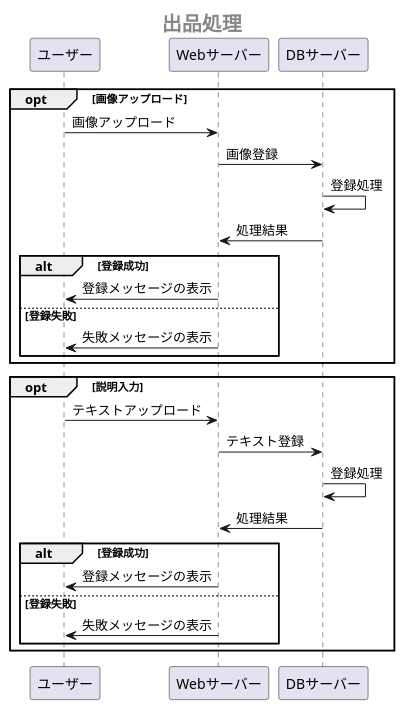
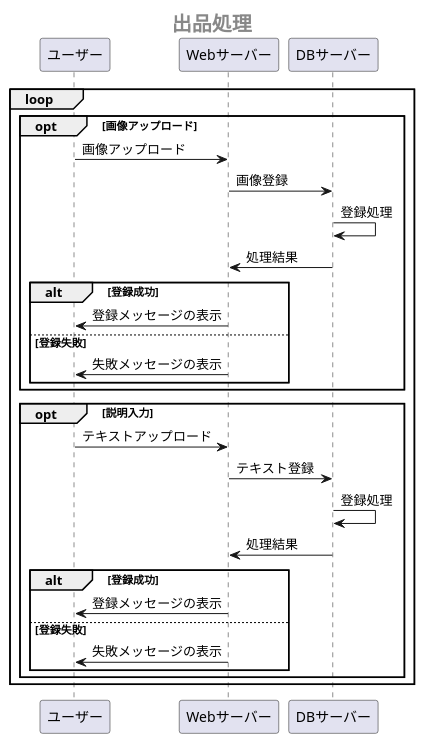
Before and after one commit to Aso2001147/system3: the fifth of 5 diagrams in 業務フロー図.md, drawn with PlantUML.

````diff
--- a/業務フロー図.md
+++ b/業務フロー図.md
@@ -123,32 +123,34 @@
 ```uml
 @startuml
  center header <size:20><b>出品処理</b></size>
- opt 画像アップロード
-   ユーザー -> Webサーバー:画像アップロード
-   Webサーバー -> DBサーバー:画像登録
-   DBサーバー -> DBサーバー:登録処理
-   DBサーバー -> Webサーバー:処理結果
+ loop
+ 
+  opt 画像アップロード
+    ユーザー -> Webサーバー:画像アップロード
+    Webサーバー -> DBサーバー:画像登録
+    DBサーバー -> DBサーバー:登録処理
+    DBサーバー -> Webサーバー:処理結果
 
-   alt 登録成功
-     Webサーバー ->ユーザー:登録メッセージの表示
-   else 登録失敗
-     Webサーバー ->ユーザー:失敗メッセージの表示
+    alt 登録成功
+      Webサーバー ->ユーザー:登録メッセージの表示
+    else 登録失敗
+      Webサーバー ->ユーザー:失敗メッセージの表示
+    end
    end
+
+   opt 説明入力
+    ユーザー -> Webサーバー:テキストアップロード
+    Webサーバー -> DBサーバー:テキスト登録
+    DBサーバー -> DBサーバー:登録処理
+    DBサーバー -> Webサーバー:処理結果
+
+    alt 登録成功
+      Webサーバー ->ユーザー:登録メッセージの表示
+    else 登録失敗
+      Webサーバー ->ユーザー:失敗メッセージの表示
+    end
+   end
+  
   end
-  
-  opt 説明入力
-   ユーザー -> Webサーバー:テキストアップロード
-   Webサーバー -> DBサーバー:テキスト登録
-   DBサーバー -> DBサーバー:登録処理
-   DBサーバー -> Webサーバー:処理結果
-
-   alt 登録成功
-     Webサーバー ->ユーザー:登録メッセージの表示
-   else 登録失敗
-     Webサーバー ->ユーザー:失敗メッセージの表示
-   end
-  end
-  
-  
 @enduml
 ```
````
